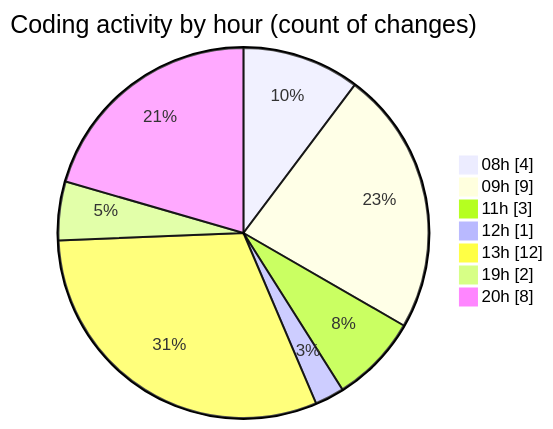
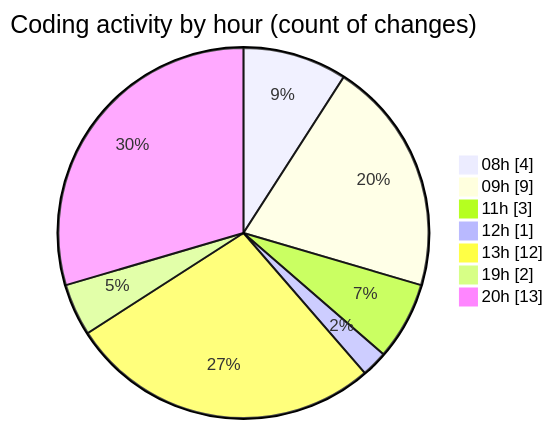
Before and after one commit to momahboobian/code-tracking: the second of 2 diagrams in 2025-05-07/samplepdf/README.md, drawn with Mermaid. The commit also changed other lines of this file and 1 other file, not shown here.

````diff
--- a/2025-05-07/samplepdf/README.md
+++ b/2025-05-07/samplepdf/README.md
@@ -36,11 +37,11 @@
 ```mermaid
 pie showData
 title Coding activity by hour (count of changes)
 "08h" : 4
 "09h" : 9
 "11h" : 3
 "12h" : 1
 "13h" : 12
 "19h" : 2
-"20h" : 8
+"20h" : 13
 ```
````
